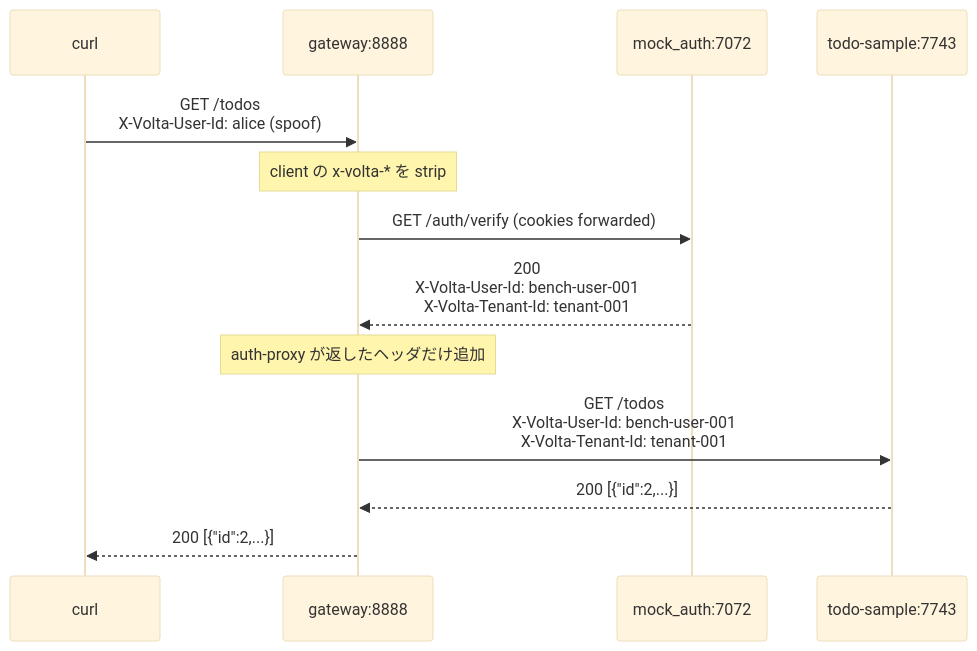
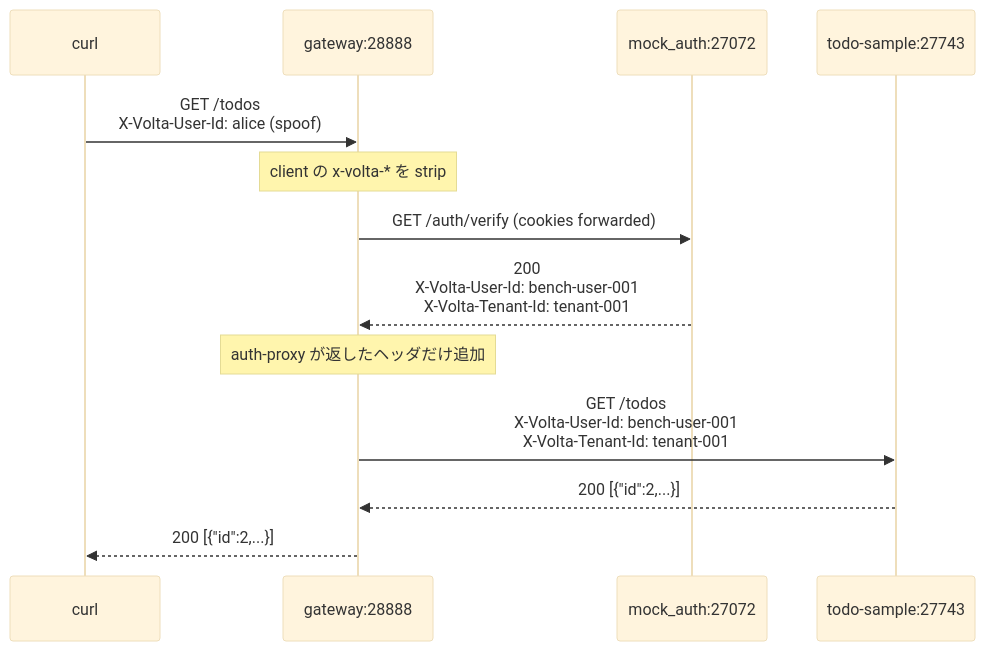
The diagram in 05-疎通確認.md (opaopa6969/auth-integration), drawn with Mermaid (base theme) before and after one commit. The commit also changed other lines of this file and 23 other files, not shown here.

````diff
--- a/05-疎通確認.md
+++ b/05-疎通確認.md
@@ -136,16 +136,16 @@
 ```mermaid
 sequenceDiagram
     participant C as curl
-    participant G as gateway:8888
-    participant A as mock_auth:7072
-    participant T as todo-sample:7743
+    participant G as gateway:28888
+    participant A as mock_auth:27072
+    participant T as todo-sample:27743
 
     C->>G: GET /todos<br/>X-Volta-User-Id: alice (spoof)
     Note over G: client の x-volta-* を strip
     G->>A: GET /auth/verify (cookies forwarded)
     A-->>G: 200<br/>X-Volta-User-Id: bench-user-001<br/>X-Volta-Tenant-Id: tenant-001
     Note over G: auth-proxy が返したヘッダだけ追加
     G->>T: GET /todos<br/>X-Volta-User-Id: bench-user-001<br/>X-Volta-Tenant-Id: tenant-001
     T-->>G: 200 [{"id":2,...}]
     G-->>C: 200 [{"id":2,...}]
 ```
````
